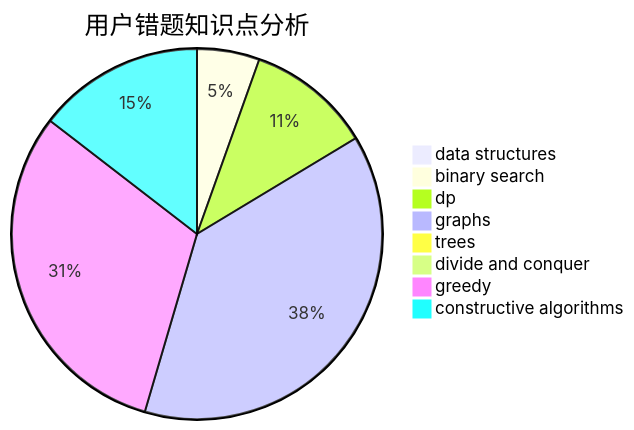
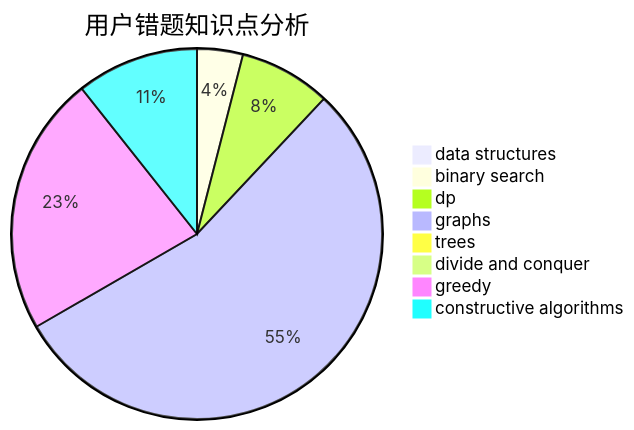
One commit to sherpahu/cfrs.github.io changed the third of 3 diagrams in docs/user/u2284.md. Above: the diagram before and after it, drawn with Mermaid. The commit also changed other lines of this file and 2770 other files, not shown here.

````diff
--- a/docs/user/u2284.md
+++ b/docs/user/u2284.md
@@ -36,11 +36,11 @@
 ```mermaid
 pie title 用户错题知识点分析
     "data structures" :  0
     "binary search" :  3
     "dp" :  6
-    "graphs" :  21
+    "graphs" :  41
     "trees" :  0
     "divide and conquer" :  0
     "greedy" :  17
     "constructive algorithms" :  8
 ```
````
